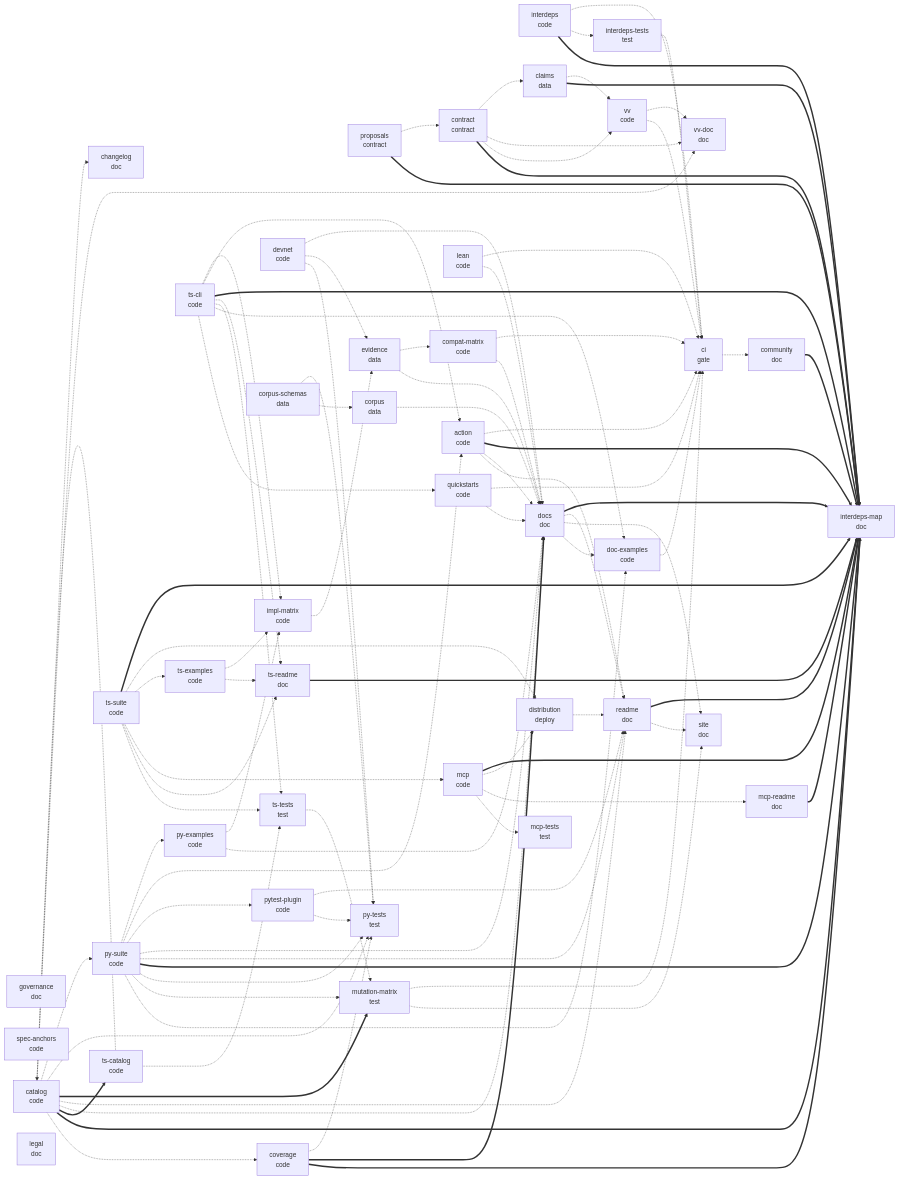
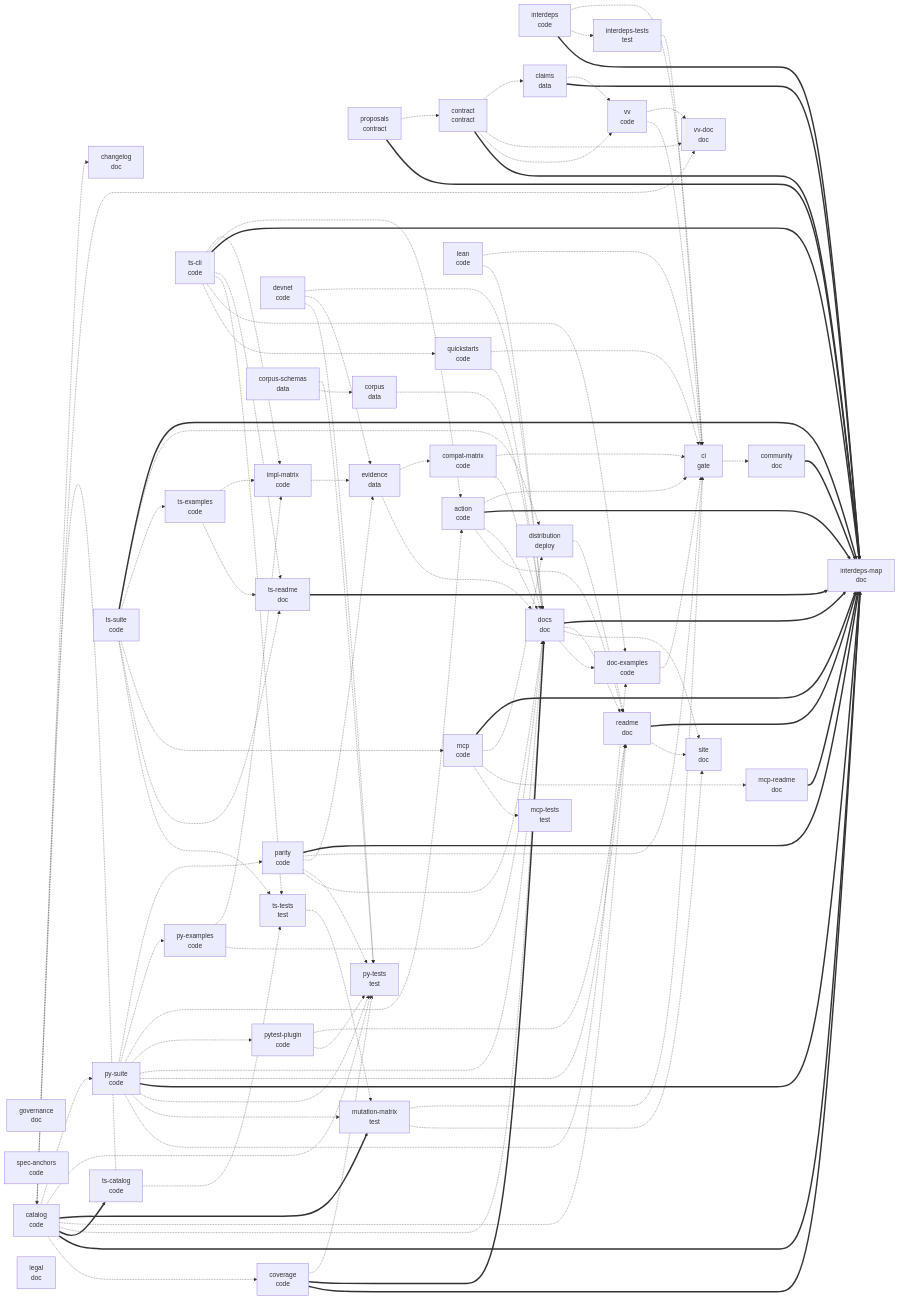
One commit to atsp-protocol/x402-conformance changed the second of 2 diagrams in docs/INTERDEPENDENCY.md. Above: the diagram before and after it, drawn with Mermaid. The commit also changed other lines of this file and 23 other files, not shown here.

````diff
--- a/docs/INTERDEPENDENCY.md
+++ b/docs/INTERDEPENDENCY.md
@@ -594,6 +594,7 @@
   vv_doc["vv-doc<br/>doc"]
   catalog["catalog<br/>code"]
   pytest_plugin["pytest-plugin<br/>code"]
+  parity["parity<br/>code"]
   devnet["devnet<br/>code"]
   py_suite["py-suite<br/>code"]
   py_tests["py-tests<br/>test"]
@@ -719,4 +720,10 @@
   evidence -.-> compat_matrix
   compat_matrix -.-> docs
   compat_matrix -.-> ci
+  parity -.-> docs
+  parity -.-> py_tests
+  parity -.-> evidence
+  parity -.-> ci
+  parity ==> interdeps_map
+  py_suite -.-> parity
 ```
````
